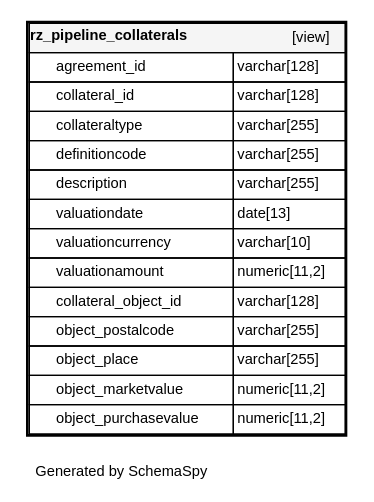
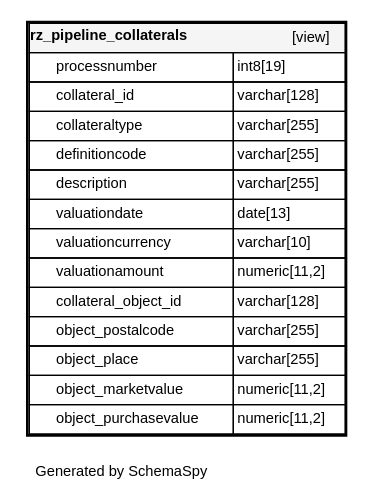
The diagram in FDA/v2022.2.x/diagrams/tables/rz_pipeline_collaterals.1degree.dot (fyndoo/fyndoo.github.io), drawn with Graphviz before and after one commit. The commit also changed 129 other files, not shown here.

```diff
--- a/FDA/v2022.2.x/diagrams/tables/rz_pipeline_collaterals.1degree.dot
+++ b/FDA/v2022.2.x/diagrams/tables/rz_pipeline_collaterals.1degree.dot
@@ -1,25 +1,25 @@
 digraph "oneDegreeRelationshipsDiagram" {
   graph [    rankdir="RL"    bgcolor="#ffffff"    label="\nGenerated by SchemaSpy"    labeljust="l"    nodesep="0.18"    ranksep="0.46"    fontname="Helvetica"    fontsize="11"    ration="compress"  ];  node [    fontname="Helvetica"    fontsize="11"    shape="plaintext"  ];  edge [    arrowsize="0.8"  ];
   "rz_pipeline_collaterals" [
    label=<
     <TABLE BORDER="2" CELLBORDER="1" CELLSPACING="0" BGCOLOR="#ffffff">
       <TR><TD COLSPAN="4"  BGCOLOR="#f5f5f5"><TABLE BORDER="0" CELLSPACING="0"><TR><TD ALIGN="LEFT" FIXEDSIZE="TRUE" WIDTH="132" HEIGHT="16"><B>rz_pipeline_collaterals</B></TD><TD ALIGN="RIGHT">[view]</TD></TR></TABLE></TD></TR>
-      <TR><TD PORT="agreement_id" COLSPAN="2" ALIGN="LEFT"><TABLE BORDER="0" CELLSPACING="0" ALIGN="LEFT"><TR ALIGN="LEFT"><TD ALIGN="LEFT" FIXEDSIZE="TRUE" WIDTH="15" HEIGHT="16"></TD><TD ALIGN="LEFT" FIXEDSIZE="TRUE" WIDTH="132" HEIGHT="16">agreement_id</TD></TR></TABLE></TD><TD PORT="agreement_id.type" ALIGN="LEFT">varchar[128]</TD></TR>
+      <TR><TD PORT="processnumber" COLSPAN="2" ALIGN="LEFT"><TABLE BORDER="0" CELLSPACING="0" ALIGN="LEFT"><TR ALIGN="LEFT"><TD ALIGN="LEFT" FIXEDSIZE="TRUE" WIDTH="15" HEIGHT="16"></TD><TD ALIGN="LEFT" FIXEDSIZE="TRUE" WIDTH="132" HEIGHT="16">processnumber</TD></TR></TABLE></TD><TD PORT="processnumber.type" ALIGN="LEFT">int8[19]</TD></TR>
       <TR><TD PORT="collateral_id" COLSPAN="2" ALIGN="LEFT"><TABLE BORDER="0" CELLSPACING="0" ALIGN="LEFT"><TR ALIGN="LEFT"><TD ALIGN="LEFT" FIXEDSIZE="TRUE" WIDTH="15" HEIGHT="16"></TD><TD ALIGN="LEFT" FIXEDSIZE="TRUE" WIDTH="132" HEIGHT="16">collateral_id</TD></TR></TABLE></TD><TD PORT="collateral_id.type" ALIGN="LEFT">varchar[128]</TD></TR>
       <TR><TD PORT="collateraltype" COLSPAN="2" ALIGN="LEFT"><TABLE BORDER="0" CELLSPACING="0" ALIGN="LEFT"><TR ALIGN="LEFT"><TD ALIGN="LEFT" FIXEDSIZE="TRUE" WIDTH="15" HEIGHT="16"></TD><TD ALIGN="LEFT" FIXEDSIZE="TRUE" WIDTH="132" HEIGHT="16">collateraltype</TD></TR></TABLE></TD><TD PORT="collateraltype.type" ALIGN="LEFT">varchar[255]</TD></TR>
       <TR><TD PORT="definitioncode" COLSPAN="2" ALIGN="LEFT"><TABLE BORDER="0" CELLSPACING="0" ALIGN="LEFT"><TR ALIGN="LEFT"><TD ALIGN="LEFT" FIXEDSIZE="TRUE" WIDTH="15" HEIGHT="16"></TD><TD ALIGN="LEFT" FIXEDSIZE="TRUE" WIDTH="132" HEIGHT="16">definitioncode</TD></TR></TABLE></TD><TD PORT="definitioncode.type" ALIGN="LEFT">varchar[255]</TD></TR>
       <TR><TD PORT="description" COLSPAN="2" ALIGN="LEFT"><TABLE BORDER="0" CELLSPACING="0" ALIGN="LEFT"><TR ALIGN="LEFT"><TD ALIGN="LEFT" FIXEDSIZE="TRUE" WIDTH="15" HEIGHT="16"></TD><TD ALIGN="LEFT" FIXEDSIZE="TRUE" WIDTH="132" HEIGHT="16">description</TD></TR></TABLE></TD><TD PORT="description.type" ALIGN="LEFT">varchar[255]</TD></TR>
       <TR><TD PORT="valuationdate" COLSPAN="2" ALIGN="LEFT"><TABLE BORDER="0" CELLSPACING="0" ALIGN="LEFT"><TR ALIGN="LEFT"><TD ALIGN="LEFT" FIXEDSIZE="TRUE" WIDTH="15" HEIGHT="16"></TD><TD ALIGN="LEFT" FIXEDSIZE="TRUE" WIDTH="132" HEIGHT="16">valuationdate</TD></TR></TABLE></TD><TD PORT="valuationdate.type" ALIGN="LEFT">date[13]</TD></TR>
       <TR><TD PORT="valuationcurrency" COLSPAN="2" ALIGN="LEFT"><TABLE BORDER="0" CELLSPACING="0" ALIGN="LEFT"><TR ALIGN="LEFT"><TD ALIGN="LEFT" FIXEDSIZE="TRUE" WIDTH="15" HEIGHT="16"></TD><TD ALIGN="LEFT" FIXEDSIZE="TRUE" WIDTH="132" HEIGHT="16">valuationcurrency</TD></TR></TABLE></TD><TD PORT="valuationcurrency.type" ALIGN="LEFT">varchar[10]</TD></TR>
       <TR><TD PORT="valuationamount" COLSPAN="2" ALIGN="LEFT"><TABLE BORDER="0" CELLSPACING="0" ALIGN="LEFT"><TR ALIGN="LEFT"><TD ALIGN="LEFT" FIXEDSIZE="TRUE" WIDTH="15" HEIGHT="16"></TD><TD ALIGN="LEFT" FIXEDSIZE="TRUE" WIDTH="132" HEIGHT="16">valuationamount</TD></TR></TABLE></TD><TD PORT="valuationamount.type" ALIGN="LEFT">numeric[11,2]</TD></TR>
       <TR><TD PORT="collateral_object_id" COLSPAN="2" ALIGN="LEFT"><TABLE BORDER="0" CELLSPACING="0" ALIGN="LEFT"><TR ALIGN="LEFT"><TD ALIGN="LEFT" FIXEDSIZE="TRUE" WIDTH="15" HEIGHT="16"></TD><TD ALIGN="LEFT" FIXEDSIZE="TRUE" WIDTH="132" HEIGHT="16">collateral_object_id</TD></TR></TABLE></TD><TD PORT="collateral_object_id.type" ALIGN="LEFT">varchar[128]</TD></TR>
       <TR><TD PORT="object_postalcode" COLSPAN="2" ALIGN="LEFT"><TABLE BORDER="0" CELLSPACING="0" ALIGN="LEFT"><TR ALIGN="LEFT"><TD ALIGN="LEFT" FIXEDSIZE="TRUE" WIDTH="15" HEIGHT="16"></TD><TD ALIGN="LEFT" FIXEDSIZE="TRUE" WIDTH="132" HEIGHT="16">object_postalcode</TD></TR></TABLE></TD><TD PORT="object_postalcode.type" ALIGN="LEFT">varchar[255]</TD></TR>
       <TR><TD PORT="object_place" COLSPAN="2" ALIGN="LEFT"><TABLE BORDER="0" CELLSPACING="0" ALIGN="LEFT"><TR ALIGN="LEFT"><TD ALIGN="LEFT" FIXEDSIZE="TRUE" WIDTH="15" HEIGHT="16"></TD><TD ALIGN="LEFT" FIXEDSIZE="TRUE" WIDTH="132" HEIGHT="16">object_place</TD></TR></TABLE></TD><TD PORT="object_place.type" ALIGN="LEFT">varchar[255]</TD></TR>
       <TR><TD PORT="object_marketvalue" COLSPAN="2" ALIGN="LEFT"><TABLE BORDER="0" CELLSPACING="0" ALIGN="LEFT"><TR ALIGN="LEFT"><TD ALIGN="LEFT" FIXEDSIZE="TRUE" WIDTH="15" HEIGHT="16"></TD><TD ALIGN="LEFT" FIXEDSIZE="TRUE" WIDTH="132" HEIGHT="16">object_marketvalue</TD></TR></TABLE></TD><TD PORT="object_marketvalue.type" ALIGN="LEFT">numeric[11,2]</TD></TR>
       <TR><TD PORT="object_purchasevalue" COLSPAN="2" ALIGN="LEFT"><TABLE BORDER="0" CELLSPACING="0" ALIGN="LEFT"><TR ALIGN="LEFT"><TD ALIGN="LEFT" FIXEDSIZE="TRUE" WIDTH="15" HEIGHT="16"></TD><TD ALIGN="LEFT" FIXEDSIZE="TRUE" WIDTH="132" HEIGHT="16">object_purchasevalue</TD></TR></TABLE></TD><TD PORT="object_purchasevalue.type" ALIGN="LEFT">numeric[11,2]</TD></TR>
     </TABLE>>
     URL="rz_pipeline_collaterals.html"
     target="_top"
     tooltip="rz_pipeline_collaterals"
   ];
 }
```
